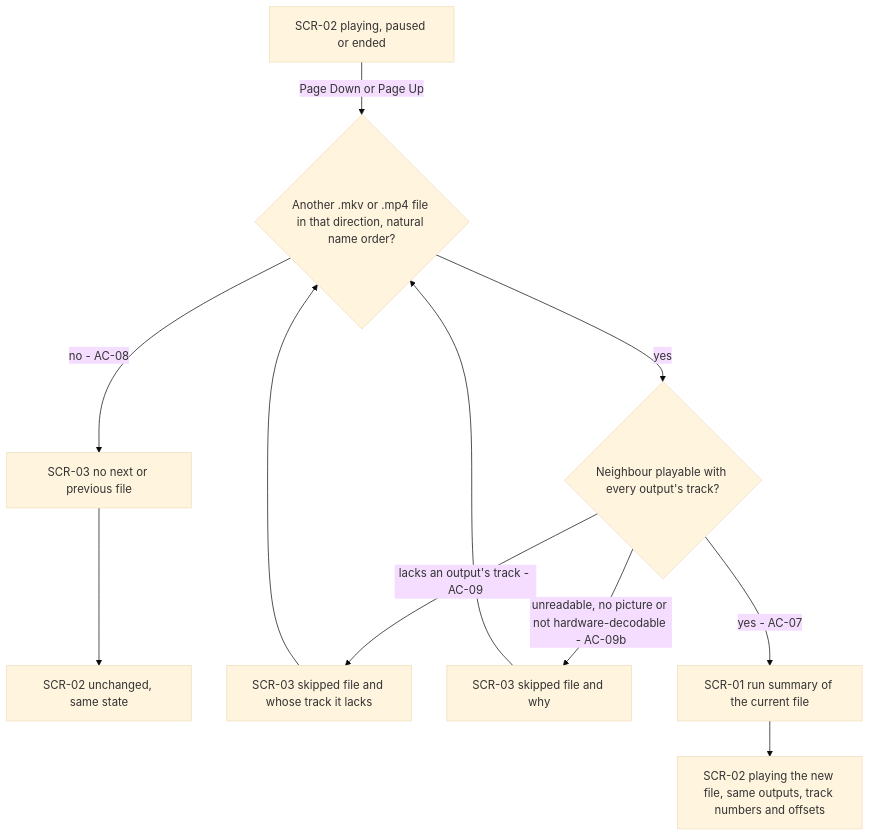
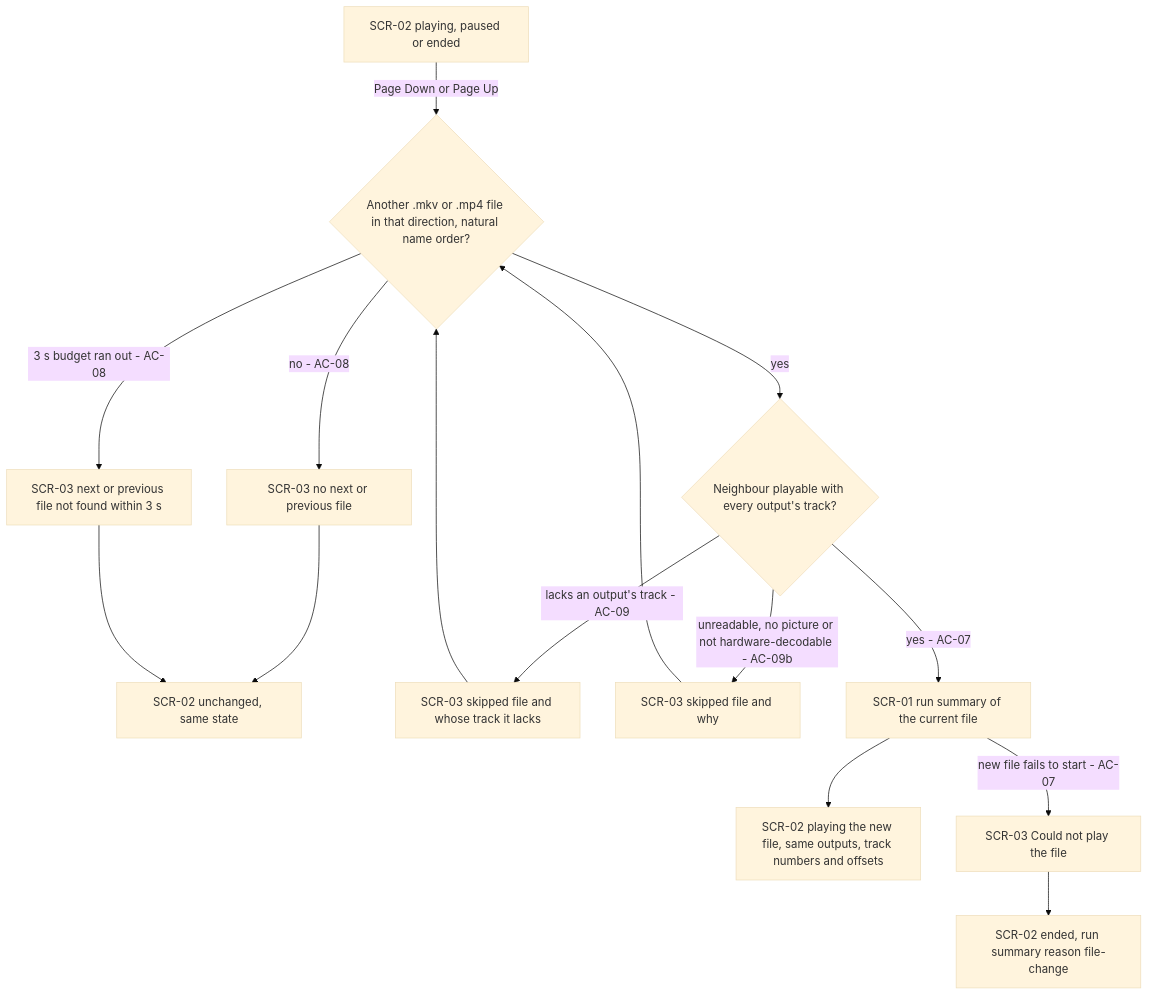
The third of 5 diagrams in docs/features/lip-synced-video/ux-flows.md (PulsarV/DualPlayer), drawn with Mermaid (base theme) before and after one commit. The commit also changed other lines of this file and 13 other files, not shown here.

First line of the commit message:
implement: lip-synced-video T101 Bring cli.md, ux-flows, sad flow 3, SCR-02 and test-plan in step with the code, and test Esc after every end cause

````diff
--- a/docs/features/lip-synced-video/ux-flows.md
+++ b/docs/features/lip-synced-video/ux-flows.md
@@ -84,13 +86,17 @@
 ```mermaid
 flowchart TD
     S["SCR-02 playing, paused or ended"] -->|"Page Down or Page Up"| N{"Another .mkv or .mp4 file in that direction, natural name order?"}
     N -->|"no - AC-08"| NO["SCR-03 no next or previous file"]
     NO --> SAME["SCR-02 unchanged, same state"]
+    N -->|"3 s budget ran out - AC-08"| TO["SCR-03 next or previous file not found within 3 s"]
+    TO --> SAME
     N -->|"yes"| C{"Neighbour playable with every output's track?"}
     C -->|"lacks an output's track - AC-09"| K1["SCR-03 skipped file and whose track it lacks"]
     C -->|"unreadable, no picture or not hardware-decodable - AC-09b"| K2["SCR-03 skipped file and why"]
     K1 --> N
     K2 --> N
     C -->|"yes - AC-07"| RS["SCR-01 run summary of the current file"]
     RS --> NEW["SCR-02 playing the new file, same outputs, track numbers and offsets"]
+    RS -->|"new file fails to start - AC-07"| F["SCR-03 Could not play the file"]
+    F --> END3["SCR-02 ended, run summary reason file-change"]
 ```
````
